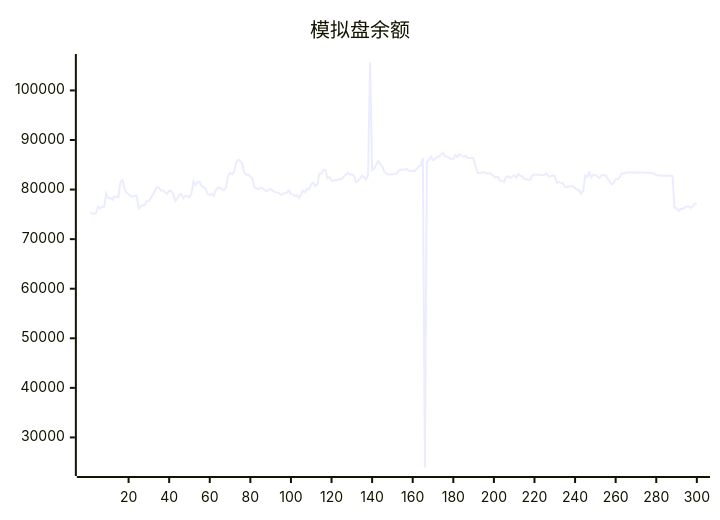
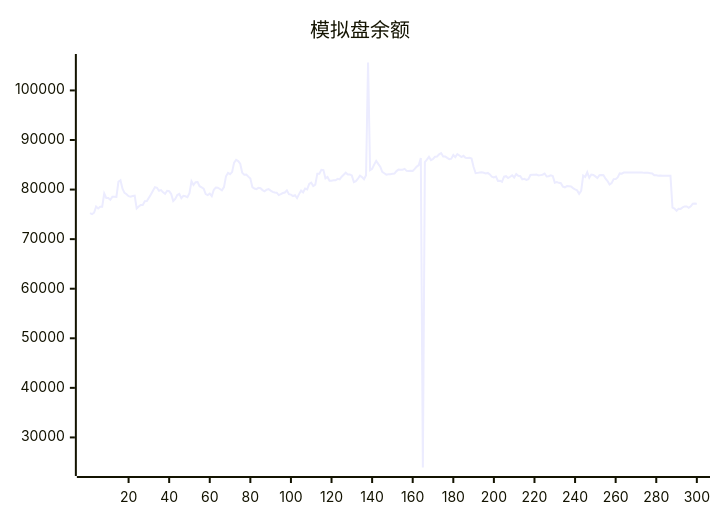
The diagram in README.md (aahl/ai-trading), drawn with Mermaid before and after one commit. The commit also changed other lines of this file and 1 other file, not shown here.

````diff
--- a/README.md
+++ b/README.md
@@ -5,5 +5,5 @@
 ```mermaid
 xychart
     title "模拟盘余额"
-    line [75197,75246,75052,75334,76564,76179,76553,76551,79196,78300,78300,77944,78531,78531,78521,81564,81884,80160,79335,79055,78675,78580,78708,78764,76179,76586,76902,76876,77658,77669,78346,79023,79769,80497,80366,79761,79896,79448,79126,79749,79658,79097,77695,78114,78888,79126,78249,78738,78653,78478,79271,81680,80923,81488,81527,80681,80455,80190,79084,78879,79193,78686,79954,80403,80374,80118,79848,80491,82665,83351,83098,83525,85430,85983,85737,85221,83378,83014,83043,82613,82216,80477,80208,80081,80348,80277,79894,79670,79965,80093,79786,79542,79406,79371,78893,79087,79304,79406,79841,79072,78978,78696,78846,78272,79085,79787,79442,80198,80031,81120,81379,80718,80985,83214,83212,83993,83921,82270,82547,81776,81776,81866,81866,82158,82061,82596,83000,83408,83041,83050,82858,81503,81691,82188,82812,82517,82092,82901,105633,83898,84180,85030,85781,85178,84604,83569,83298,83008,83093,83107,83175,83228,83729,84025,84017,84019,84177,83775,83762,83785,83738,84160,84639,84939,86370,23934,85548,86046,86599,85942,86161,86622,86664,87115,87369,86666,86685,86384,86152,86243,86969,86548,87164,86885,86566,86809,86427,86348,86417,86273,84538,83299,83369,83430,83490,83404,83270,83362,83056,82605,82459,82614,81734,81788,81551,82598,82702,82320,82580,82878,82426,83139,82778,82686,82056,82166,81963,82110,82951,82983,82984,83038,82838,82915,82998,83235,82642,82682,82858,82746,81396,81512,81362,81277,80600,80461,80699,80673,80616,80288,80038,79836,79142,79722,82837,82533,83480,82366,83032,82960,82654,82330,82883,82934,82901,82188,81728,81005,81298,82110,82135,82449,83264,83203,83440,83439,83440,83440,83446,83447,83448,83447,83448,83449,83369,83369,83369,83313,83256,82872,82873,82801,82844,82785,82791,82791,82793,82794,76339,76145,75714,76110,76096,76397,76594,76585,76310,76607,77160,77170]
+    line [75246,75052,75334,76564,76179,76553,76551,79196,78300,78300,77944,78531,78531,78521,81564,81884,80160,79335,79055,78675,78580,78708,78764,76179,76586,76902,76876,77658,77669,78346,79023,79769,80497,80366,79761,79896,79448,79126,79749,79658,79097,77695,78114,78888,79126,78249,78738,78653,78478,79271,81680,80923,81488,81527,80681,80455,80190,79084,78879,79193,78686,79954,80403,80374,80118,79848,80491,82665,83351,83098,83525,85430,85983,85737,85221,83378,83014,83043,82613,82216,80477,80208,80081,80348,80277,79894,79670,79965,80093,79786,79542,79406,79371,78893,79087,79304,79406,79841,79072,78978,78696,78846,78272,79085,79787,79442,80198,80031,81120,81379,80718,80985,83214,83212,83993,83921,82270,82547,81776,81776,81866,81866,82158,82061,82596,83000,83408,83041,83050,82858,81503,81691,82188,82812,82517,82092,82901,105633,83898,84180,85030,85781,85178,84604,83569,83298,83008,83093,83107,83175,83228,83729,84025,84017,84019,84177,83775,83762,83785,83738,84160,84639,84939,86370,23934,85548,86046,86599,85942,86161,86622,86664,87115,87369,86666,86685,86384,86152,86243,86969,86548,87164,86885,86566,86809,86427,86348,86417,86273,84538,83299,83369,83430,83490,83404,83270,83362,83056,82605,82459,82614,81734,81788,81551,82598,82702,82320,82580,82878,82426,83139,82778,82686,82056,82166,81963,82110,82951,82983,82984,83038,82838,82915,82998,83235,82642,82682,82858,82746,81396,81512,81362,81277,80600,80461,80699,80673,80616,80288,80038,79836,79142,79722,82837,82533,83480,82366,83032,82960,82654,82330,82883,82934,82901,82188,81728,81005,81298,82110,82135,82449,83264,83203,83440,83439,83440,83440,83446,83447,83448,83447,83448,83449,83369,83369,83369,83313,83256,82872,82873,82801,82844,82785,82791,82791,82793,82794,76339,76145,75714,76110,76096,76397,76594,76585,76310,76607,77160,77170,77160]
 ```
````
